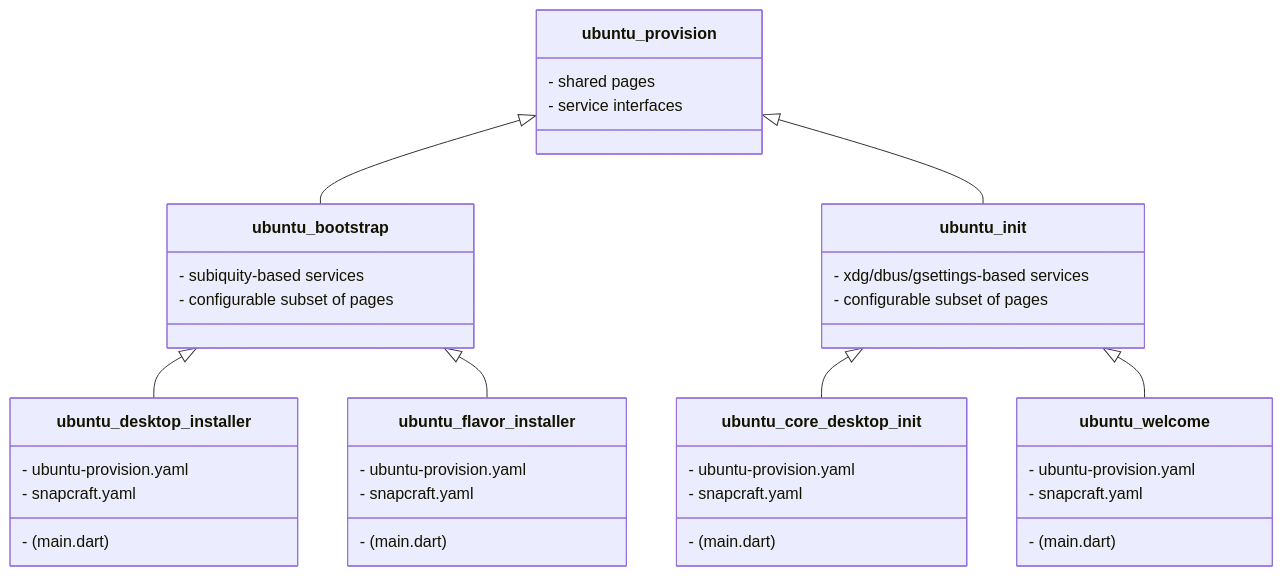
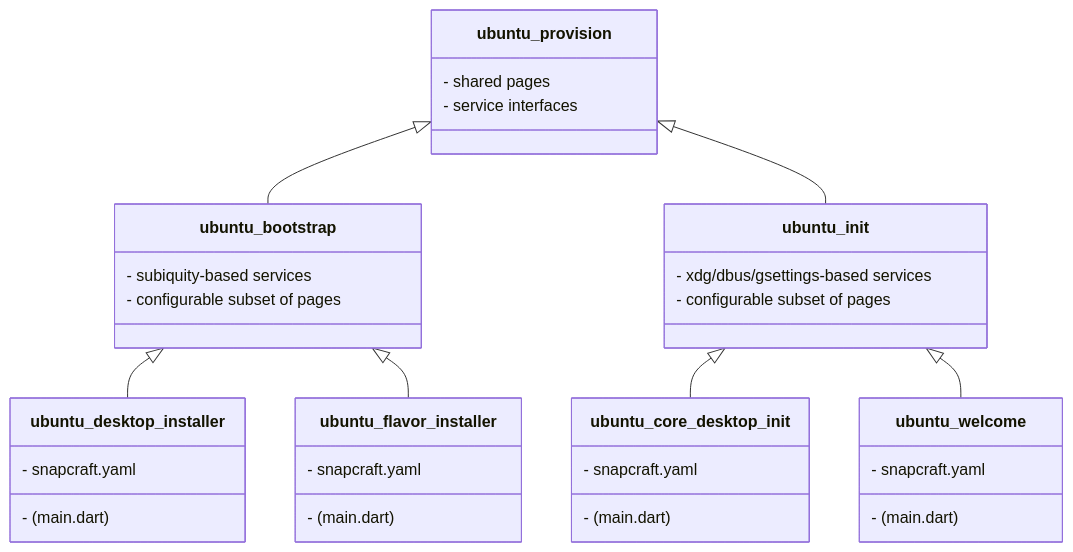
Before and after one commit to canonical/ubuntu-desktop-provision: the diagram in README.md, drawn with Mermaid.

Commit message:
docs: Remove assets/ config from readme

````diff
--- a/README.md
+++ b/README.md
@@ -8,27 +8,23 @@
 ```mermaid
 classDiagram
     ubuntu_bootstrap <|-- ubuntu_desktop_installer
     ubuntu_bootstrap <|-- ubuntu_flavor_installer
     ubuntu_init <|-- ubuntu_core_desktop_init
     ubuntu_init <|-- ubuntu_welcome
     ubuntu_provision <|-- ubuntu_bootstrap
     ubuntu_provision <|-- ubuntu_init
     ubuntu_provision: - shared pages
     ubuntu_provision: - service interfaces
     ubuntu_bootstrap: - subiquity-based services
     ubuntu_bootstrap: - configurable subset of pages
     ubuntu_init: - xdg/dbus/gsettings-based services
     ubuntu_init: - configurable subset of pages
     ubuntu_desktop_installer: - (main.dart)
-    ubuntu_desktop_installer: - ubuntu-provision.yaml
     ubuntu_desktop_installer: - snapcraft.yaml
     ubuntu_flavor_installer: - (main.dart)
-    ubuntu_flavor_installer: - ubuntu-provision.yaml
     ubuntu_flavor_installer: - snapcraft.yaml
     ubuntu_core_desktop_init: - (main.dart)
-    ubuntu_core_desktop_init: - ubuntu-provision.yaml
     ubuntu_core_desktop_init: - snapcraft.yaml
     ubuntu_welcome: - (main.dart)
-    ubuntu_welcome: - ubuntu-provision.yaml
     ubuntu_welcome: - snapcraft.yaml
 ```
````
